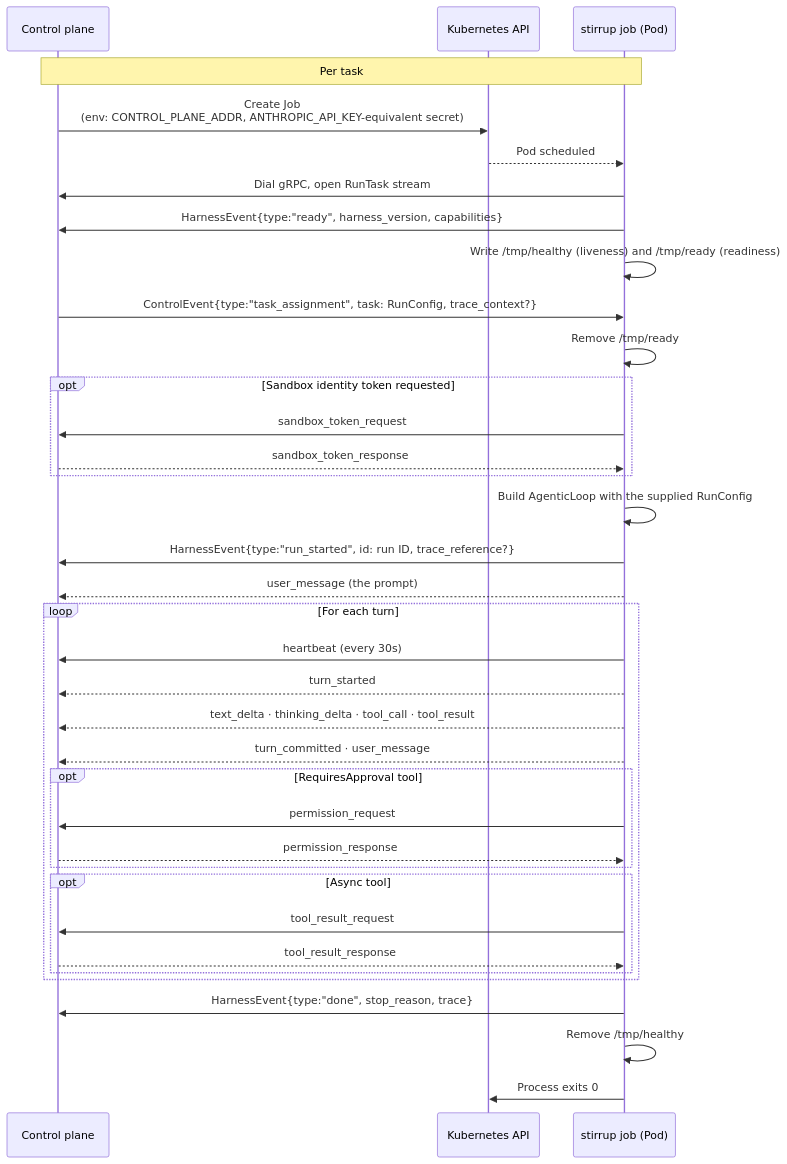
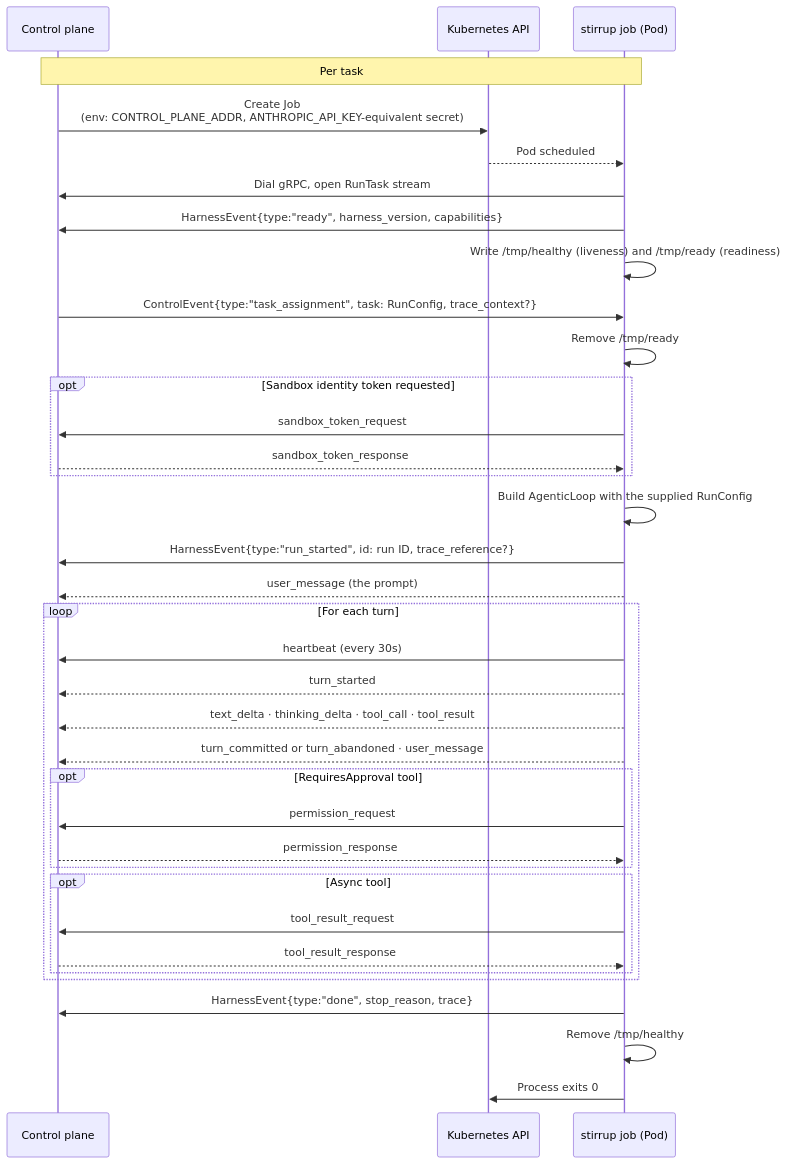
One commit to rxbynerd/stirrup changed the diagram in docs/deployment.md. Above: the diagram before and after it, drawn with Mermaid. The commit also changed other lines of this file and 3 other files, not shown here.

First line of the commit message:
docs: describe turn_abandoned, the setup-warning hold and identifier caps

````diff
--- a/docs/deployment.md
+++ b/docs/deployment.md
@@ -11,38 +11,38 @@
 ```mermaid
 sequenceDiagram
     participant CP as Control plane
     participant K as Kubernetes API
     participant H as stirrup job (Pod)
     Note over CP,H: Per task
     CP->>K: Create Job<br/>(env: CONTROL_PLANE_ADDR, ANTHROPIC_API_KEY-equivalent secret)
     K-->>H: Pod scheduled
     H->>CP: Dial gRPC, open RunTask stream
     H->>CP: HarnessEvent{type:"ready", harness_version, capabilities}
     H->>H: Write /tmp/healthy (liveness) and /tmp/ready (readiness)
     CP->>H: ControlEvent{type:"task_assignment", task: RunConfig, trace_context?}
     H->>H: Remove /tmp/ready
     opt Sandbox identity token requested
         H->>CP: sandbox_token_request
         CP-->>H: sandbox_token_response
     end
     H->>H: Build AgenticLoop with the supplied RunConfig
     H->>CP: HarnessEvent{type:"run_started", id: run ID, trace_reference?}
     H-->>CP: user_message (the prompt)
     loop For each turn
         H->>CP: heartbeat (every 30s)
         H-->>CP: turn_started
         H-->>CP: text_delta · thinking_delta · tool_call · tool_result
-        H-->>CP: turn_committed · user_message
+        H-->>CP: turn_committed or turn_abandoned · user_message
         opt RequiresApproval tool
             H->>CP: permission_request
             CP-->>H: permission_response
         end
         opt Async tool
             H->>CP: tool_result_request
             CP-->>H: tool_result_response
         end
     end
     H->>CP: HarnessEvent{type:"done", stop_reason, trace}
     H->>H: Remove /tmp/healthy
     H->>K: Process exits 0
 ```
````
